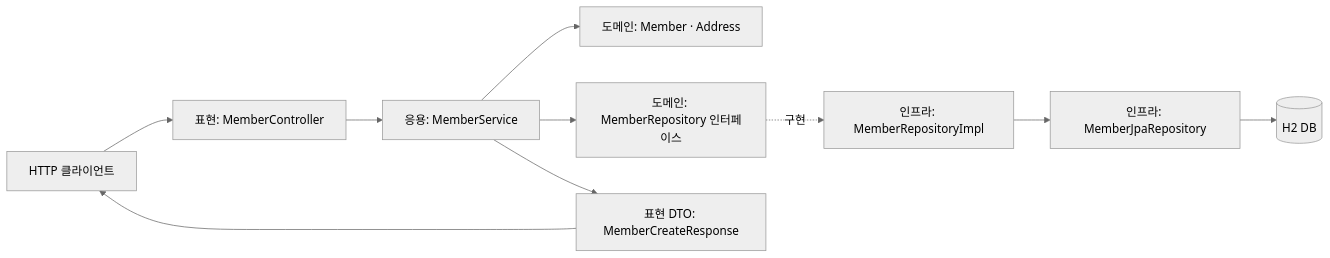
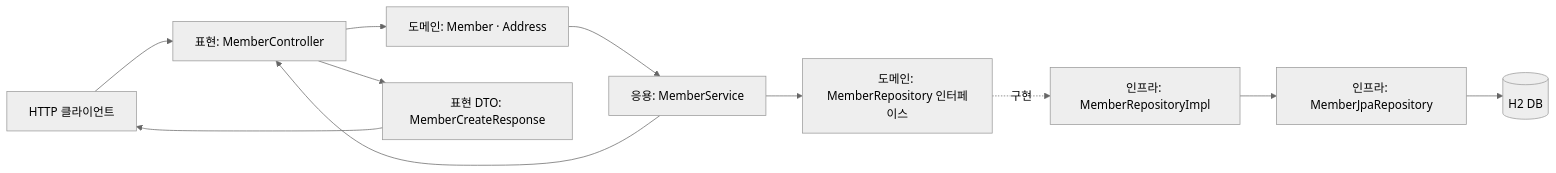
The diagram in READMD.md (Kiim-Miin-Su/ddd-practice), drawn with Mermaid (neutral theme) before and after one commit. The commit also changed other lines of this file and 2 other files, not shown here.

Commit message:
[refactor] Move signup DTO mapping to controller

````diff
--- a/READMD.md
+++ b/READMD.md
@@ -69,12 +69,13 @@
 ```mermaid
 flowchart LR
     Client[HTTP 클라이언트] --> Controller[표현: MemberController]
-    Controller --> Service[응용: MemberService]
-    Service --> Domain[도메인: Member · Address]
+    Controller --> Domain[도메인: Member · Address]
+    Domain --> Service[응용: MemberService]
     Service --> Port[도메인: MemberRepository 인터페이스]
     Port -. 구현 .-> Adapter[인프라: MemberRepositoryImpl]
     Adapter --> Jpa[인프라: MemberJpaRepository]
     Jpa --> DB[(H2 DB)]
-    Service --> Response[표현 DTO: MemberCreateResponse]
+    Service --> Controller
+    Controller --> Response[표현 DTO: MemberCreateResponse]
     Response --> Client
 ```
````
